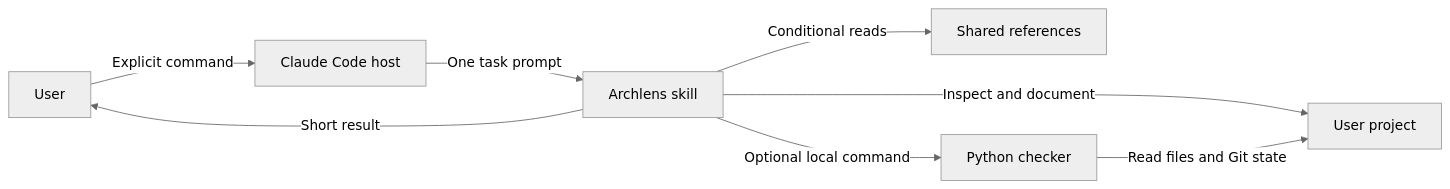
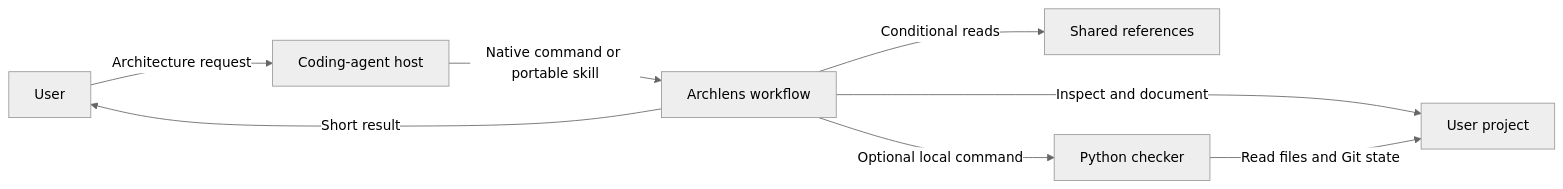
The diagram in docs/architecture/README.md (tushar-mahalya/archlens), drawn with Mermaid (neutral theme) before and after one commit. The commit also changed other lines of this file and 44 other files, not shown here.

First line of the commit message:
feat: distribute Archlens as a portable agent skill

````diff
--- a/docs/architecture/README.md
+++ b/docs/architecture/README.md
@@ -9,10 +10,10 @@
 ```mermaid
 flowchart LR
-    U["User"] -->|"Explicit command"| C["Claude Code host"]
-    C -->|"One task prompt"| S["Archlens skill"]
+    U["User"] -->|"Architecture request"| C["Coding-agent host"]
+    C -->|"Native command or portable skill"| S["Archlens workflow"]
     S -->|"Conditional reads"| R["Shared references"]
     S -->|"Inspect and document"| P["User project"]
     S -->|"Optional local command"| K["Python checker"]
     K -->|"Read files and Git state"| P
     S -->|"Short result"| U
 ```
````
